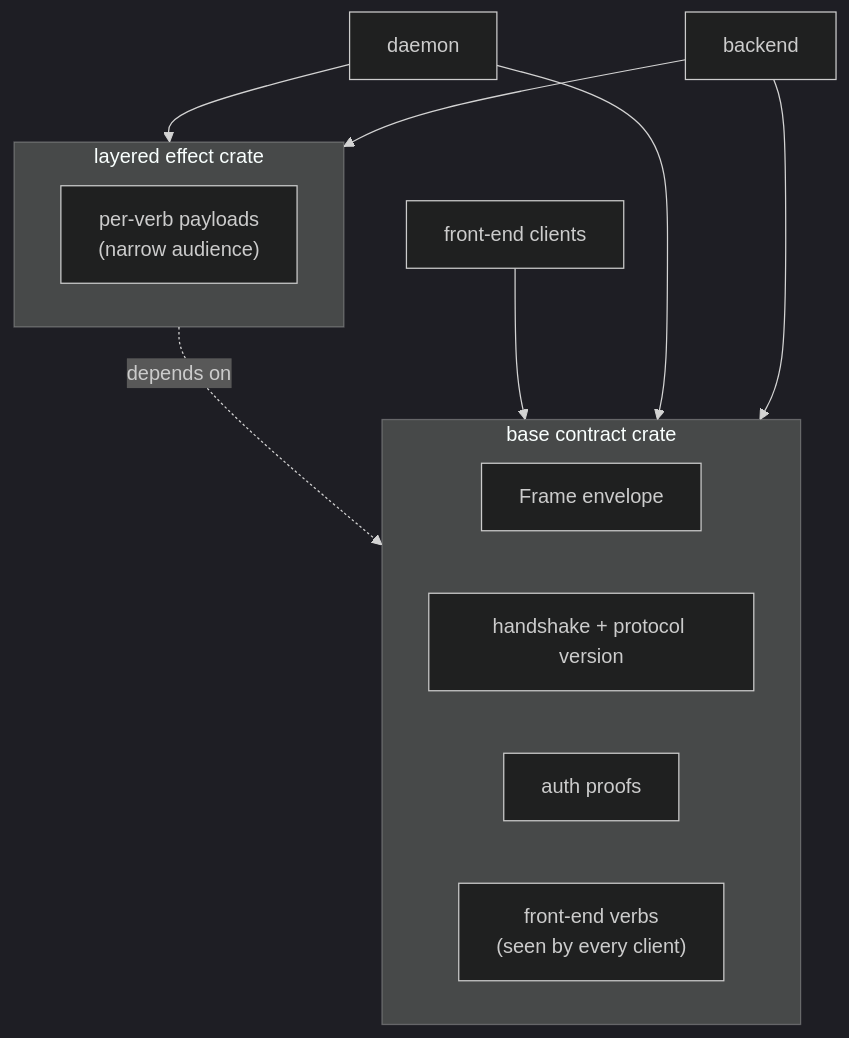
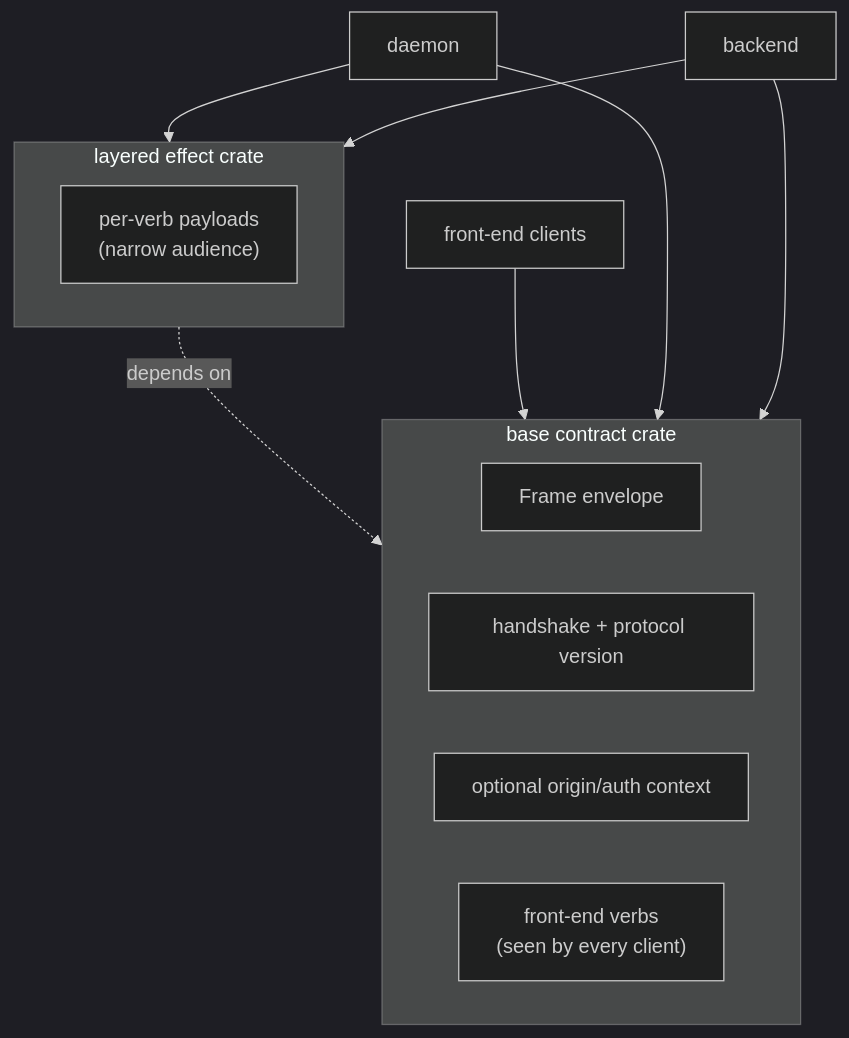
One commit to LiGoldragon/primary changed the first of 4 diagrams in skills/contract-repo.md. Above: the diagram before and after it, drawn with Mermaid (dark theme). The commit also changed other lines of this file, not shown here.

Commit message:
tighten contract repo auth context wording

````diff
--- a/skills/contract-repo.md
+++ b/skills/contract-repo.md
@@ -223,21 +241,21 @@
 ```mermaid
 flowchart TB
     subgraph contract["base contract crate"]
         frame["Frame envelope"]
         hs["handshake + protocol version"]
-        auth["auth proofs"]
+        auth["optional origin/auth context"]
         front["front-end verbs<br/>(seen by every client)"]
     end
 
     subgraph layered["layered effect crate"]
         verbs["per-verb payloads<br/>(narrow audience)"]
     end
 
     layered -. depends on .-> contract
 
     fe["front-end clients"] --> contract
     daemon["daemon"] --> contract
     daemon --> layered
     backend["backend"] --> contract
     backend --> layered
 ```
````
